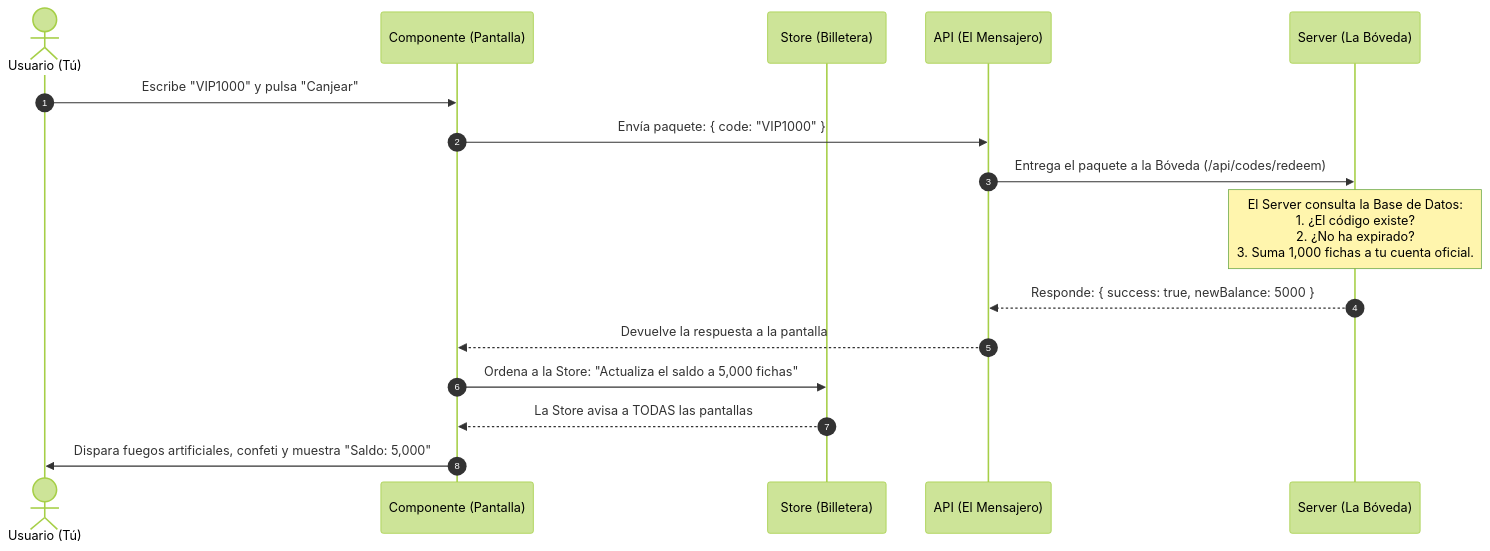
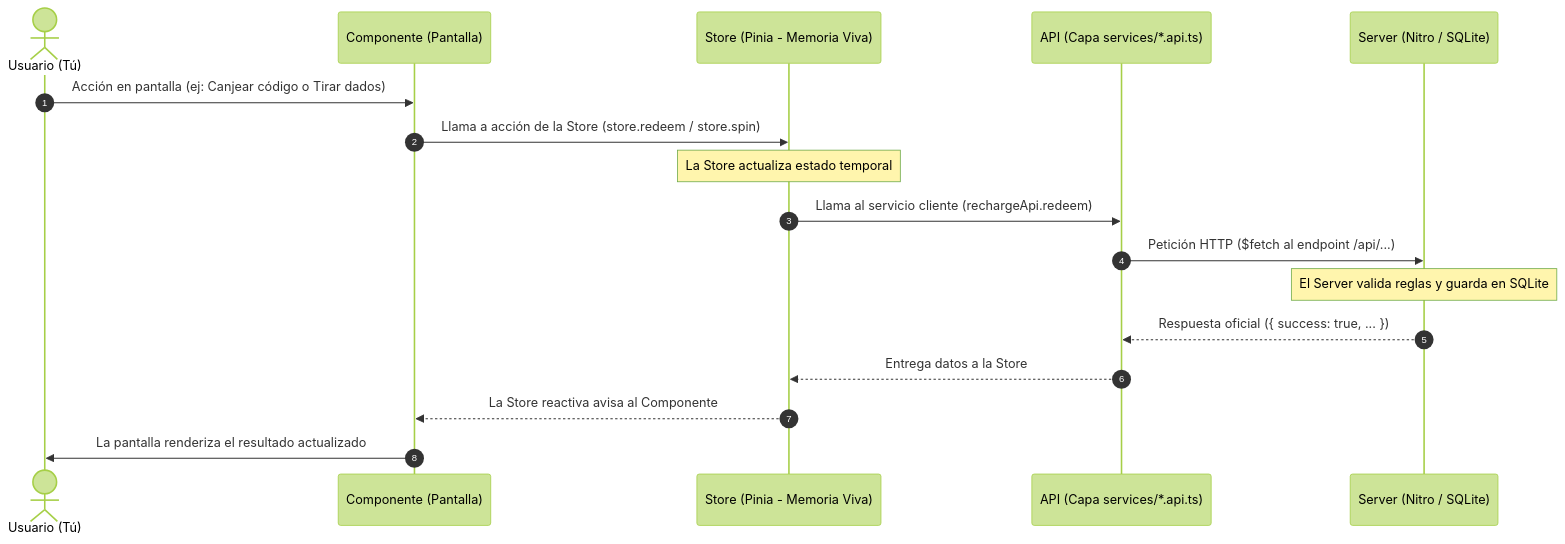
The diagram in EXPLICACION_ARQUITECTURA_API_SERVER_STORE.md (Galab29/casino), drawn with Mermaid (forest theme) before and after one commit. The commit also changed other lines of this file and 39 other files, not shown here.

````diff
--- a/EXPLICACION_ARQUITECTURA_API_SERVER_STORE.md
+++ b/EXPLICACION_ARQUITECTURA_API_SERVER_STORE.md
@@ -44,19 +42,20 @@
 ```mermaid
 sequenceDiagram
     autonumber
     actor U as Usuario (Tú)
     participant C as Componente (Pantalla)
-    participant S as Store (Billetera)
-    participant API as API (El Mensajero)
-    participant SRV as Server (La Bóveda)
+    participant S as Store (Pinia - Memoria Viva)
+    participant API as API (Capa services/*.api.ts)
+    participant SRV as Server (Nitro / SQLite)
 
-    U->>C: Escribe "VIP1000" y pulsa "Canjear"
-    C->>API: Envía paquete: { code: "VIP1000" }
-    API->>SRV: Entrega el paquete a la Bóveda (/api/codes/redeem)
-    Note over SRV: El Server consulta la Base de Datos:<br/>1. ¿El código existe?<br/>2. ¿No ha expirado?<br/>3. Suma 1,000 fichas a tu cuenta oficial.
-    SRV-->>API: Responde: { success: true, newBalance: 5000 }
-    API-->>C: Devuelve la respuesta a la pantalla
-    C->>S: Ordena a la Store: "Actualiza el saldo a 5,000 fichas"
-    S-->>C: La Store avisa a TODAS las pantallas
-    C->>U: Dispara fuegos artificiales, confeti y muestra "Saldo: 5,000"
+    U->>C: Acción en pantalla (ej: Canjear código o Tirar dados)
+    C->>S: Llama a acción de la Store (store.redeem / store.spin)
+    Note over S: La Store actualiza estado temporal
+    S->>API: Llama al servicio cliente (rechargeApi.redeem)
+    API->>SRV: Petición HTTP ($fetch al endpoint /api/...)
+    Note over SRV: El Server valida reglas y guarda en SQLite
+    SRV-->>API: Respuesta oficial ({ success: true, ... })
+    API-->>S: Entrega datos a la Store
+    S-->>C: La Store reactiva avisa al Componente
+    C->>U: La pantalla renderiza el resultado actualizado
 ```
````
